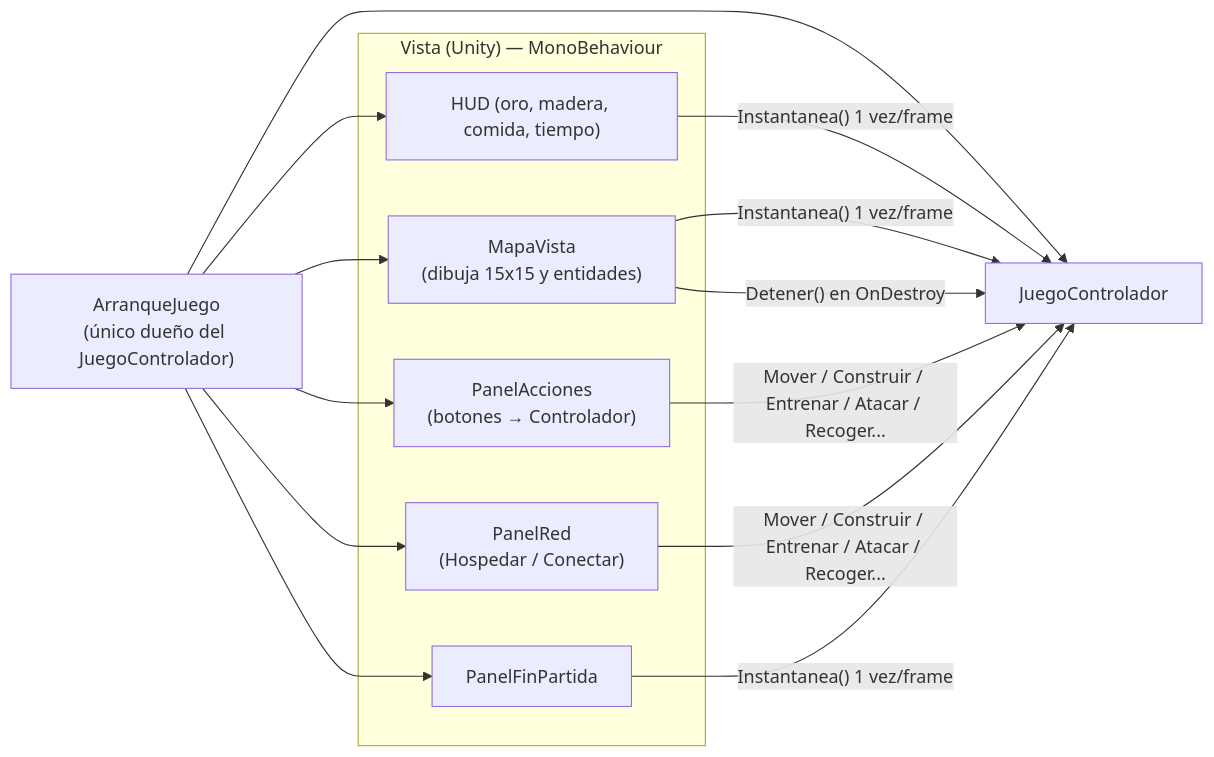
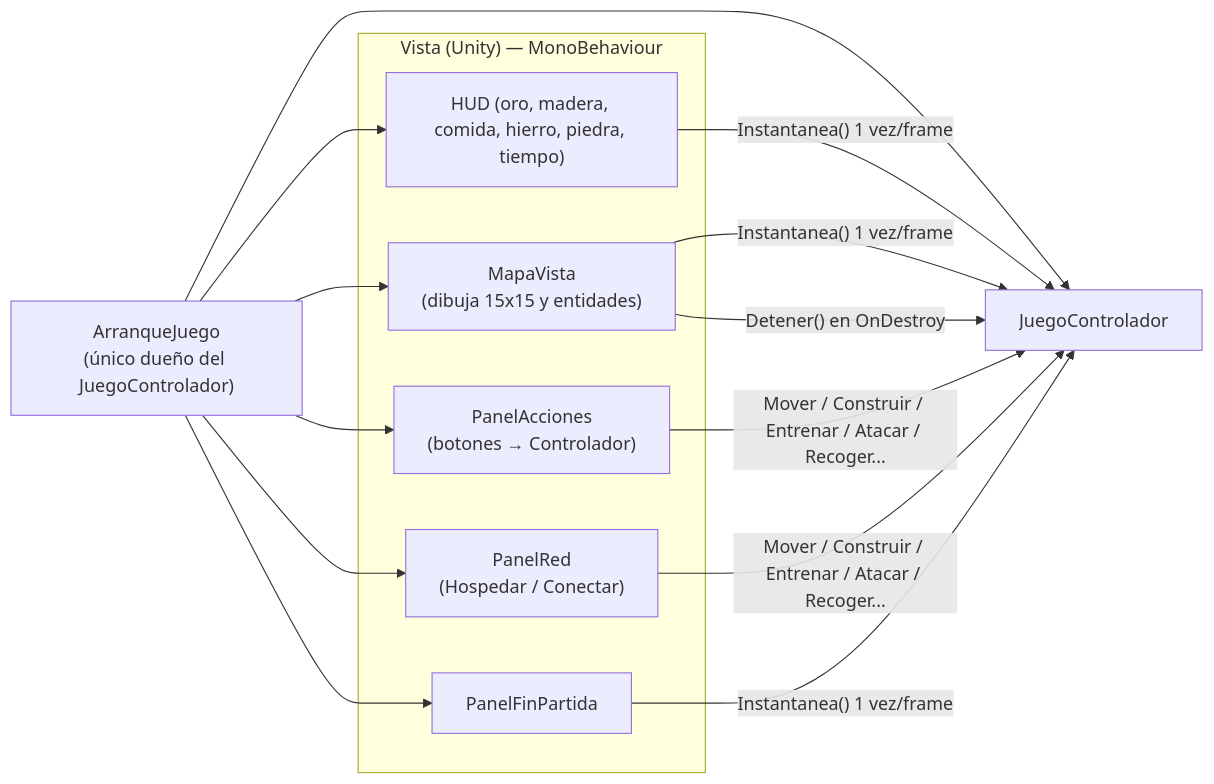
One commit to bardock7238/RTS-Academico changed the ninth of 9 diagrams in DOCUMENTACION.md. Above: the diagram before and after it, drawn with Mermaid. The commit also changed other lines of this file and 5 other files, not shown here.

Commit message:
docs: sincronizar diagramas y docs con API renombrada y recursos Hierro/Piedra

````diff
--- a/DOCUMENTACION.md
+++ b/DOCUMENTACION.md
@@ -674,15 +680,15 @@
 ```mermaid
 flowchart LR
     AR["ArranqueJuego\n(único dueño del JuegoControlador)"] --> JC["JuegoControlador"]
     subgraph VISTA["Vista (Unity) — MonoBehaviour"]
-        HUD["HUD (oro, madera, comida, tiempo)"]
+        HUD["HUD (oro, madera, comida, hierro, piedra, tiempo)"]
         TILES["MapaVista\n(dibuja 15x15 y entidades)"]
         UI["PanelAcciones\n(botones → Controlador)"]
         REDUI["PanelRed\n(Hospedar / Conectar)"]
         FIN["PanelFinPartida"]
     end
     AR --> HUD & TILES & UI & REDUI & FIN
     HUD & TILES & FIN -->|"Instantanea() 1 vez/frame"| JC
     UI & REDUI -->|"Mover / Construir / Entrenar / Atacar / Recoger... "| JC
     TILES -->|"Detener() en OnDestroy"| JC
 ```
````
